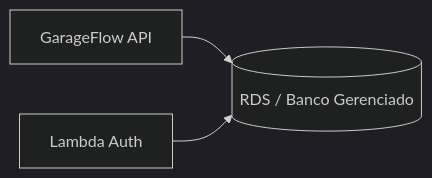
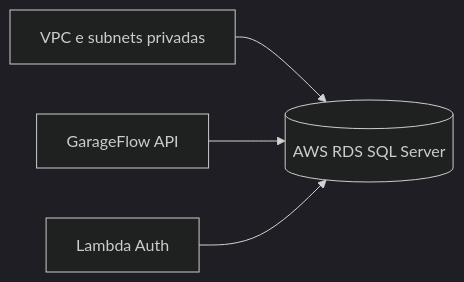
The diagram in README.md (eaguiara/fiap-garageflow-db-infra), drawn with Mermaid (dark theme) before and after one commit. The commit also changed other lines of this file, not shown here.

````diff
--- a/README.md
+++ b/README.md
@@ -18,5 +66,6 @@
 ```mermaid
 flowchart LR
-    API[GarageFlow API] --> RDS[(RDS / Banco Gerenciado)]
+    VPC[VPC e subnets privadas] --> RDS[(AWS RDS SQL Server)]
+    API[GarageFlow API] --> RDS
     LAMBDA[Lambda Auth] --> RDS
 ```
````
